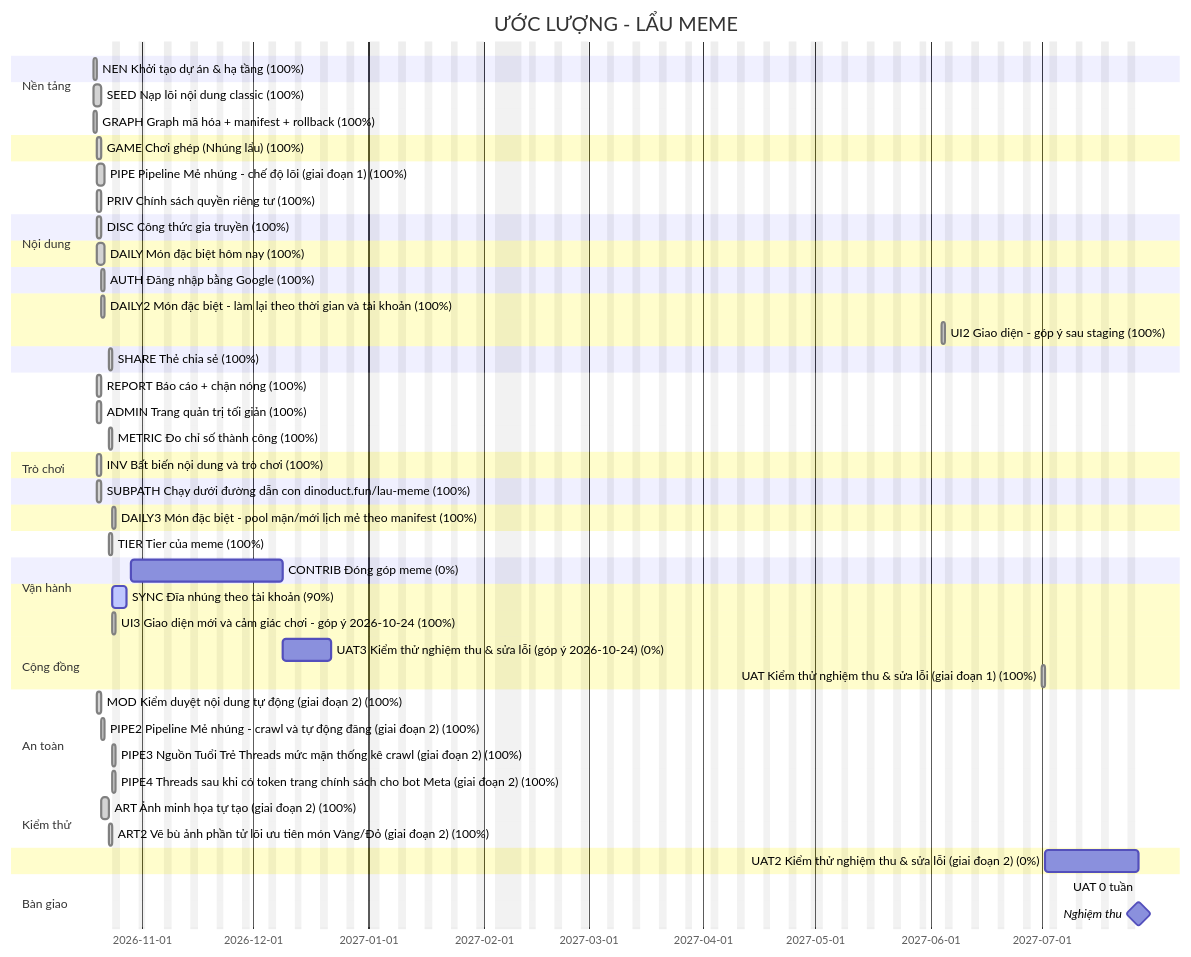
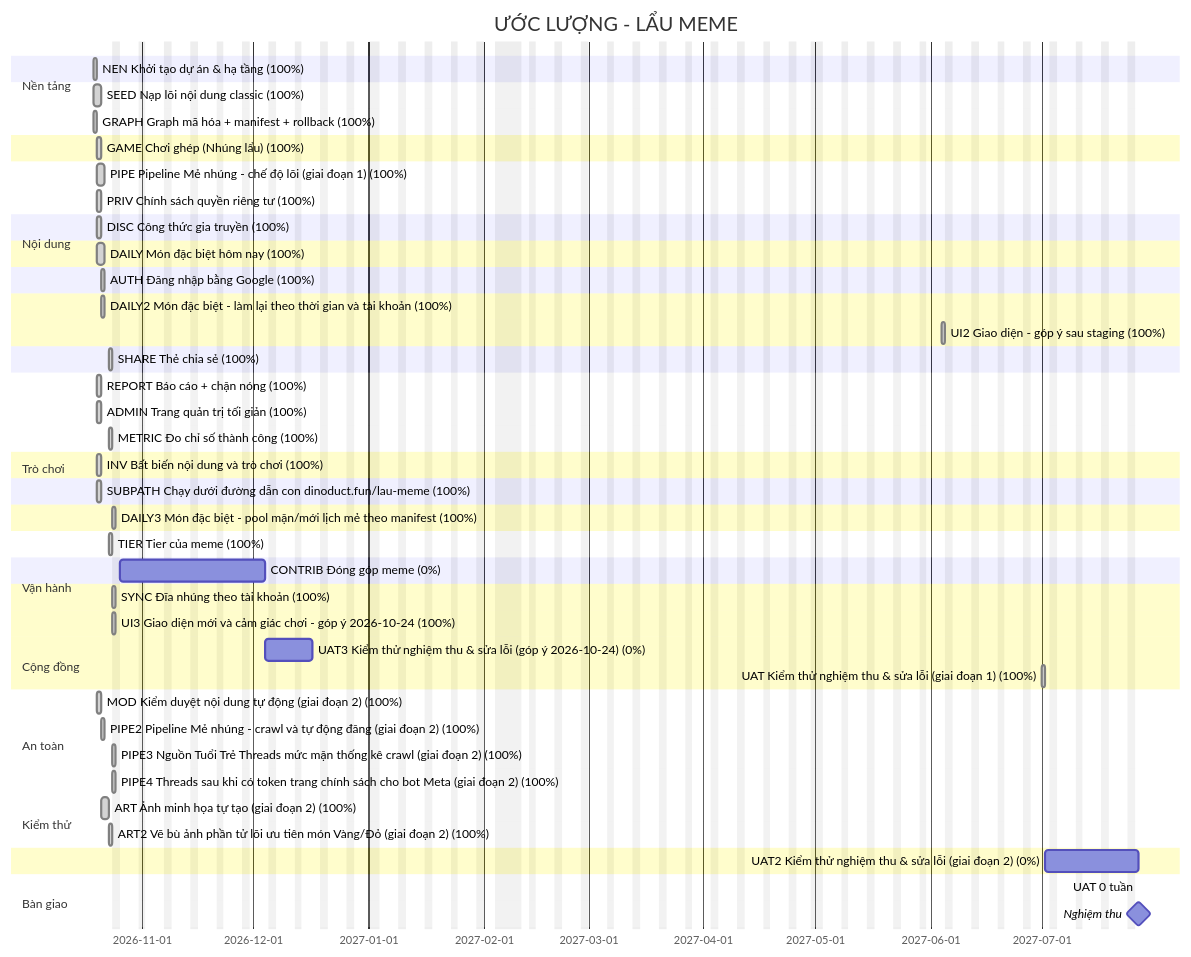
Before and after one commit to thucnq/lau-meme: the diagram in docs/plan/gantt.md, drawn with Mermaid. The commit also changed 3 other files, not shown here.

````diff
--- a/docs/plan/gantt.md
+++ b/docs/plan/gantt.md
@@ -5,62 +5,62 @@
 ```mermaid
 gantt
     title ƯỚC LƯỢNG - LẨU MEME
     dateFormat YYYY-MM-DD
     excludes weekends, 2027-01-01, 2027-02-04, 2027-02-05, 2027-02-06, 2027-02-07, 2027-02-08, 2027-02-09, 2027-02-10, 2027-04-30, 2027-05-01, 2027-09-02
     todayMarker stroke-width:2px,stroke:#d33
     section Nền tảng
     NEN Khởi tạo dự án & hạ tầng (100%) :done, NEN, 2026-10-19, 1d
     section Nội dung
     SEED Nạp lõi nội dung classic (100%) :done, SEED, 2026-10-19, 2d
     GRAPH Graph mã hóa + manifest + rollback (100%) :done, GRAPH, 2026-10-19, 1d
     section Trò chơi
     GAME Chơi ghép (Nhúng lẩu) (100%) :done, GAME, 2026-10-20, 1d
     section Nội dung
     PIPE Pipeline Mẻ nhúng - chế độ lõi (giai đoạn 1) (100%) :done, PIPE, 2026-10-20, 2d
     section Vận hành
     PRIV Chính sách quyền riêng tư (100%) :done, PRIV, 2026-10-20, 1d
     section Cộng đồng
     DISC Công thức gia truyền (100%) :done, DISC, 2026-10-20, 1d
     section Trò chơi
     DAILY Món đặc biệt hôm nay (100%) :done, DAILY, 2026-10-20, 2d
     section Cộng đồng
     AUTH Đăng nhập bằng Google (100%) :done, AUTH, 2026-10-21, 1d
     section Trò chơi
     DAILY2 Món đặc biệt - làm lại theo thời gian và tài khoản (100%) :done, DAILY2, 2026-10-21, 1d
     UI2 Giao diện - góp ý sau staging (100%) :done, UI2, 2027-06-04, 1d
     section Cộng đồng
     SHARE Thẻ chia sẻ (100%) :done, SHARE, 2026-10-23, 1d
     section An toàn
     REPORT Báo cáo + chặn nóng (100%) :done, REPORT, 2026-10-20, 1d
     ADMIN Trang quản trị tối giản (100%) :done, ADMIN, 2026-10-20, 1d
     section Vận hành
     METRIC Đo chỉ số thành công (100%) :done, METRIC, 2026-10-23, 1d
     section Kiểm thử
     INV Bất biến nội dung và trò chơi (100%) :done, INV, 2026-10-20, 1d
     section Nền tảng
     SUBPATH Chạy dưới đường dẫn con dinoduct.fun/lau-meme (100%) :done, SUBPATH, 2026-10-20, 1d
     section Trò chơi
     DAILY3 Món đặc biệt - pool mặn/mới  lịch mẻ theo manifest (100%) :done, DAILY3, 2026-10-24, 1d
     section Nội dung
     TIER Tier của meme (100%) :done, TIER, 2026-10-23, 1d
     section Cộng đồng
-    CONTRIB Đóng góp meme (0%) :CONTRIB, 2026-10-29, 29d
+    CONTRIB Đóng góp meme (0%) :CONTRIB, 2026-10-26, 29d
     section Trò chơi
-    SYNC Đĩa nhúng theo tài khoản (90%) :active, SYNC, 2026-10-24, 3d
+    SYNC Đĩa nhúng theo tài khoản (100%) :done, SYNC, 2026-10-24, 1d
     UI3 Giao diện mới và cảm giác chơi - góp ý 2026-10-24 (100%) :done, UI3, 2026-10-24, 1d
     section Kiểm thử
-    UAT3 Kiểm thử nghiệm thu & sửa lỗi (góp ý 2026-10-24) (0%) :UAT3, 2026-12-09, 9d
+    UAT3 Kiểm thử nghiệm thu & sửa lỗi (góp ý 2026-10-24) (0%) :UAT3, 2026-12-04, 9d
     UAT Kiểm thử nghiệm thu & sửa lỗi (giai đoạn 1) (100%) :done, UAT, 2027-07-01, 1d
     section Nội dung
     MOD Kiểm duyệt nội dung tự động (giai đoạn 2) (100%) :done, MOD, 2026-10-20, 1d
     PIPE2 Pipeline Mẻ nhúng - crawl và tự động đăng (giai đoạn 2) (100%) :done, PIPE2, 2026-10-21, 1d
     PIPE3 Nguồn Tuổi Trẻ  Threads  mức mặn  thống kê crawl (giai đoạn 2) (100%) :done, PIPE3, 2026-10-24, 1d
     PIPE4 Threads sau khi có token  trang chính sách cho bot Meta (giai đoạn 2) (100%) :done, PIPE4, 2026-10-24, 1d
     ART Ảnh minh họa tự tạo (giai đoạn 2) (100%) :done, ART, 2026-10-21, 2d
     ART2 Vẽ bù ảnh phần tử lõi  ưu tiên món Vàng/Đỏ (giai đoạn 2) (100%) :done, ART2, 2026-10-23, 1d
     section Kiểm thử
     UAT2 Kiểm thử nghiệm thu & sửa lỗi (giai đoạn 2) (0%) :UAT2, 2027-07-02, 17d
     section Bàn giao
     UAT 0 tuần :uat, 2027-07-27, 0d
     Nghiệm thu :milestone, 2027-07-27, 0d
 ```
````
